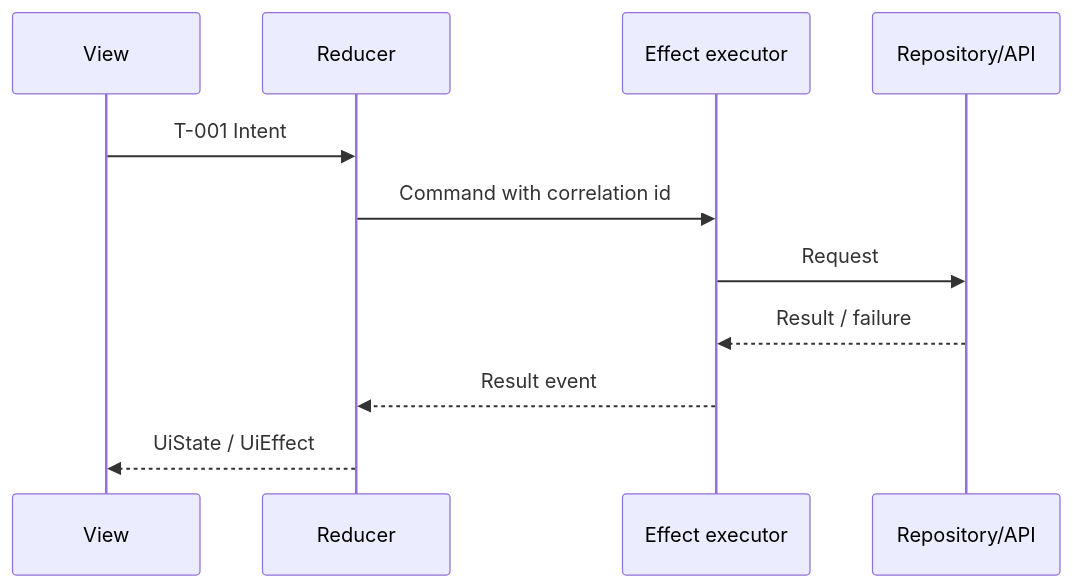
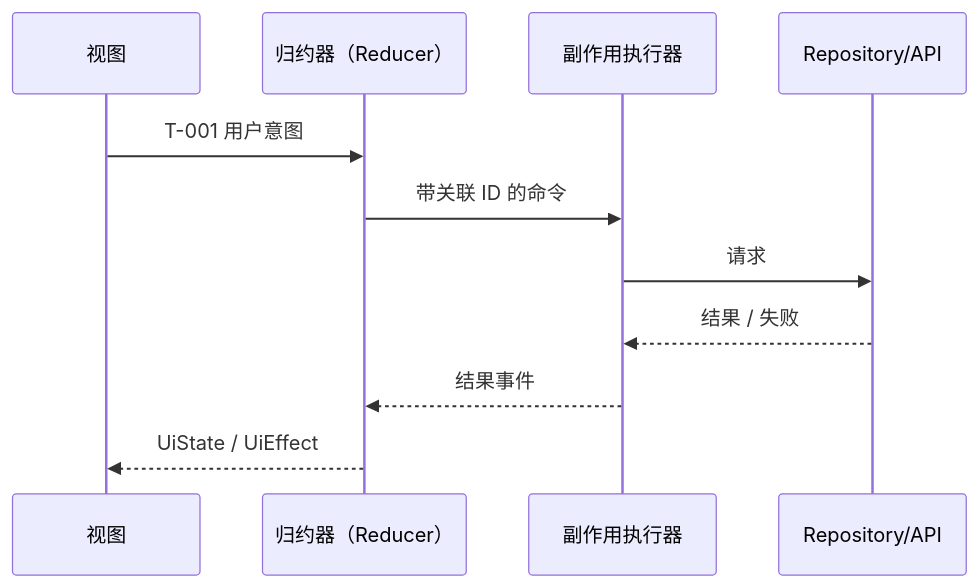
One commit to s-charvin/ai-delivery-kit changed the third of 3 diagrams in .agents-zh/skills/ai-delivery-orchestrator/templates/design-template.md. Above: the diagram before and after it, drawn with Mermaid. The commit also changed other lines of this file and 8 other files, not shown here.

````diff
--- a/.agents-zh/skills/ai-delivery-orchestrator/templates/design-template.md
+++ b/.agents-zh/skills/ai-delivery-orchestrator/templates/design-template.md
@@ -98,13 +102,13 @@
 ```mermaid
 sequenceDiagram
-  participant V as View
-  participant R as Reducer
-  participant E as Effect executor
+  participant V as 视图
+  participant R as 归约器（Reducer）
+  participant E as 副作用执行器
   participant API as Repository/API
-  V->>R: T-001 Intent
-  R->>E: Command with correlation id
-  E->>API: Request
-  API-->>E: Result / failure
-  E-->>R: Result event
+  V->>R: T-001 用户意图
+  R->>E: 带关联 ID 的命令
+  E->>API: 请求
+  API-->>E: 结果 / 失败
+  E-->>R: 结果事件
   R-->>V: UiState / UiEffect
 ```
````
